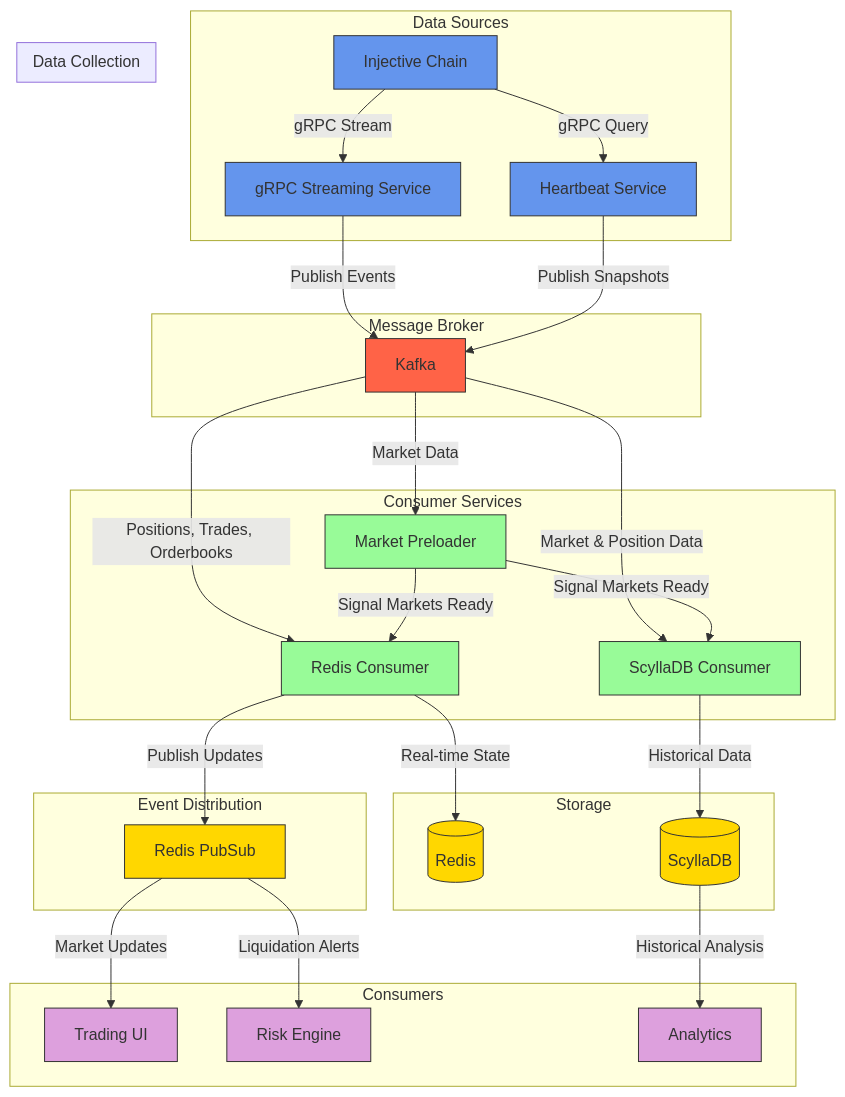
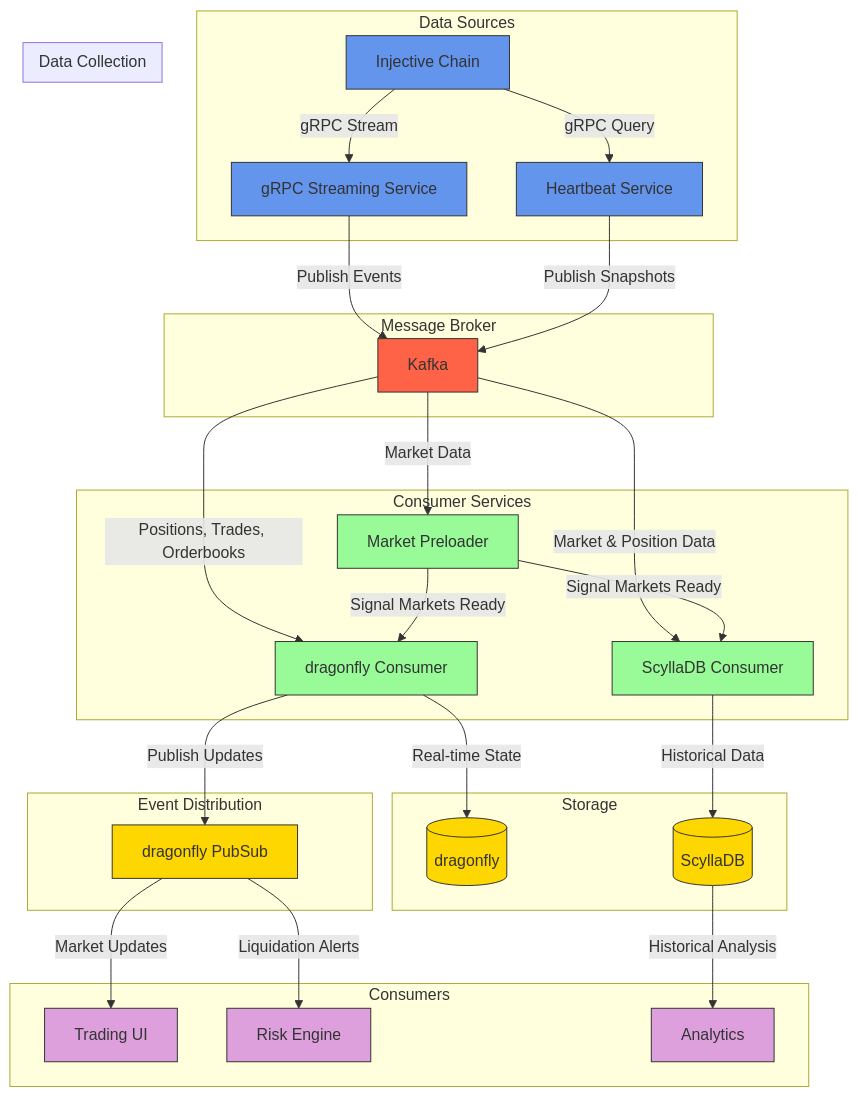
Before and after one commit to enigmarikki/injective-indexer-rs: the diagram in Readme.md, drawn with Mermaid. The commit also changed other lines of this file, not shown here.

Commit message:
"chore : bump readme to dragonfly"

````diff
--- a/Readme.md
+++ b/Readme.md
@@ -8,68 +8,68 @@
 ```mermaid
 graph TB
     subgraph "Data Sources"
         inj[Injective Chain] --> |gRPC Stream| grpc
         inj --> |gRPC Query| heart
     end
     
     subgraph "Data Collection"
         grpc[gRPC Streaming Service]
         heart[Heartbeat Service]
     end
     
     subgraph "Message Broker"
         kafka[Kafka]
     end
     
     grpc --> |Publish Events| kafka
     heart --> |Publish Snapshots| kafka
     
     subgraph "Consumer Services"
         mkt[Market Preloader]
-        redis[Redis Consumer]
+        dragonfly[dragonfly Consumer]
         scylla[ScyllaDB Consumer]
     end
     
     kafka --> |Market Data| mkt
-    kafka --> |Positions, Trades, Orderbooks| redis
+    kafka --> |Positions, Trades, Orderbooks| dragonfly
     kafka --> |Market & Position Data| scylla
     
-    mkt --> |Signal Markets Ready| redis
+    mkt --> |Signal Markets Ready| dragonfly
     mkt --> |Signal Markets Ready| scylla
     
     subgraph "Storage"
-        redisdb[(Redis)]
+        dragonflydb[(dragonfly)]
         scylladb[(ScyllaDB)]
     end
     
-    redis --> |Real-time State| redisdb
+    dragonfly --> |Real-time State| dragonflydb
     scylla --> |Historical Data| scylladb
     
     subgraph "Event Distribution"
-        pubsub[Redis PubSub]
+        pubsub[dragonfly PubSub]
     end
     
-    redis --> |Publish Updates| pubsub
+    dragonfly --> |Publish Updates| pubsub
     
     subgraph "Consumers"
         client1[Trading UI]
         client2[Risk Engine]
         client3[Analytics]
     end
     
     pubsub --> |Market Updates| client1
     pubsub --> |Liquidation Alerts| client2
     scylladb --> |Historical Analysis| client3
     
     classDef primary fill:#6495ED,stroke:#333,stroke-width:1px
     classDef secondary fill:#98FB98,stroke:#333,stroke-width:1px
     classDef storage fill:#FFD700,stroke:#333,stroke-width:1px
     classDef broker fill:#FF6347,stroke:#333,stroke-width:1px
     classDef client fill:#DDA0DD,stroke:#333,stroke-width:1px
     
     class inj,grpc,heart primary
-    class mkt,redis,scylla secondary
-    class redisdb,scylladb,pubsub storage
+    class mkt,dragonfly,scylla secondary
+    class dragonflydb,scylladb,pubsub storage
     class kafka broker
     class client1,client2,client3 client
 ```
````
